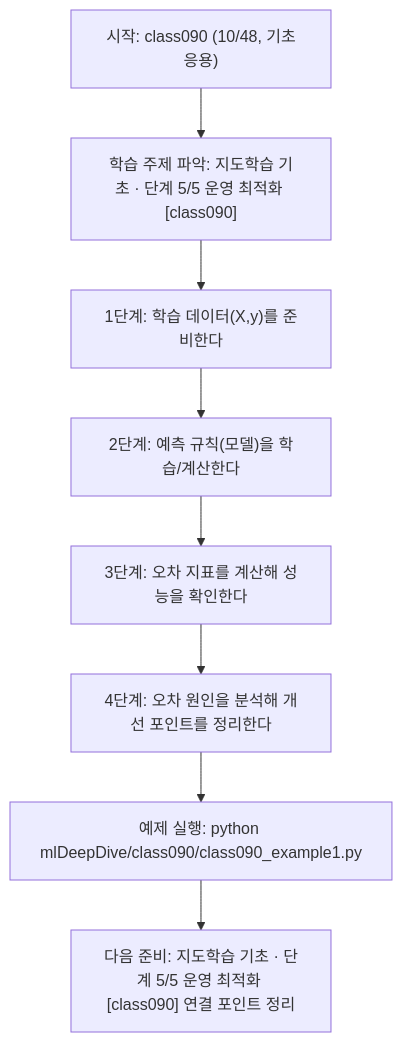
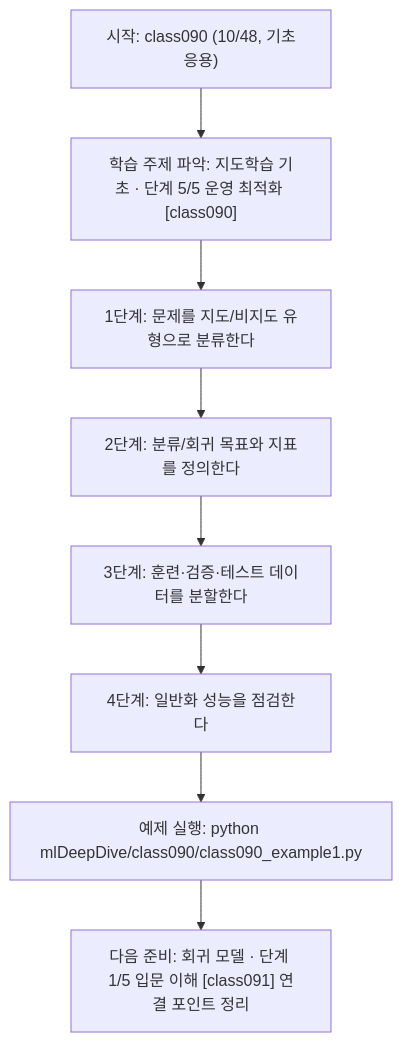
Before and after one commit to edumgt/Python-AI_Agent-Class: the diagram in mlDeepDive/class090/class090.md, drawn with Mermaid. The commit also changed other lines of this file and 338 other files, not shown here.

````diff
--- a/mlDeepDive/class090/class090.md
+++ b/mlDeepDive/class090/class090.md
@@ -109,18 +91,18 @@
 ```mermaid
 flowchart TD
 N1["시작: class090 (10/48, 기초응용)"]
 N2["학습 주제 파악: 지도학습 기초 · 단계 5/5 운영 최적화 [class090]"]
-N3["1단계: 학습 데이터(X,y)를 준비한다"]
-N4["2단계: 예측 규칙(모델)을 학습/계산한다"]
-N5["3단계: 오차 지표를 계산해 성능을 확인한다"]
-N6["4단계: 오차 원인을 분석해 개선 포인트를 정리한다"]
+N3["1단계: 문제를 지도/비지도 유형으로 분류한다"]
+N4["2단계: 분류/회귀 목표와 지표를 정의한다"]
+N5["3단계: 훈련·검증·테스트 데이터를 분할한다"]
+N6["4단계: 일반화 성능을 점검한다"]
 N7["예제 실행: python mlDeepDive/class090/class090_example1.py"]
-N8["다음 준비: 지도학습 기초 · 단계 5/5 운영 최적화 [class090] 연결 포인트 정리"]
+N8["다음 준비: 회귀 모델 · 단계 1/5 입문 이해 [class091] 연결 포인트 정리"]
 N1 --> N2
 N2 --> N3
 N3 --> N4
 N4 --> N5
 N5 --> N6
 N6 --> N7
 N7 --> N8
 ```
````
